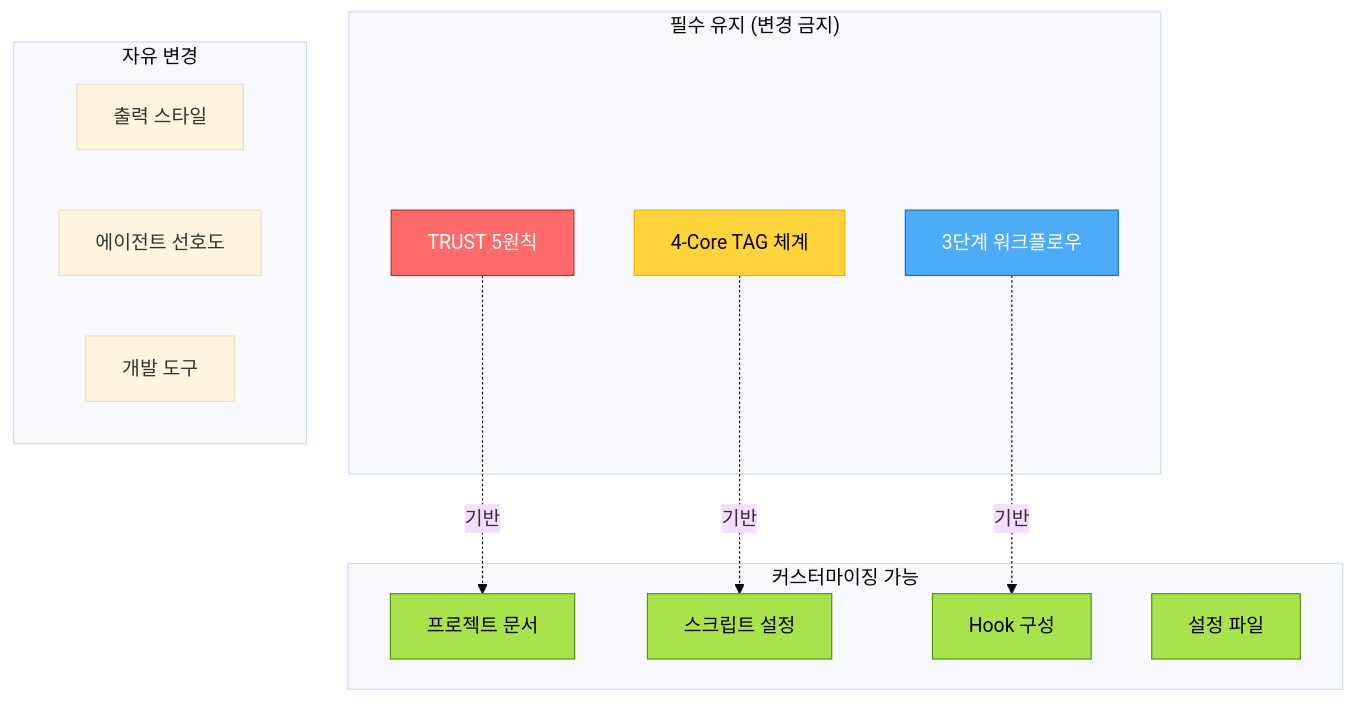
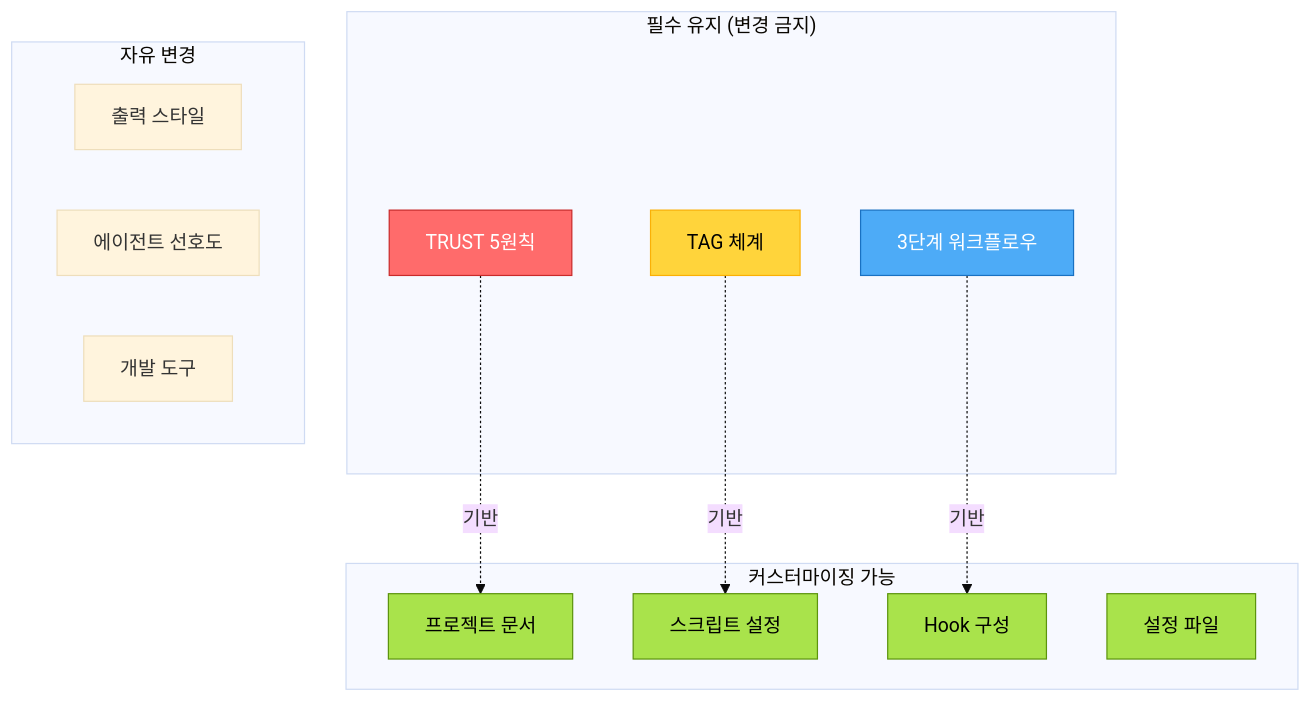
The diagram in docs/advanced/template-customization.md (modu-ai/moai-adk), drawn with Mermaid (base theme) before and after one commit. The commit also changed other lines of this file and 36 other files, not shown here.

````diff
--- a/docs/advanced/template-customization.md
+++ b/docs/advanced/template-customization.md
@@ -22,33 +22,33 @@
 ```mermaid
 graph TB
     subgraph "필수 유지 (변경 금지)"
         A[TRUST 5원칙]
-        B[4-Core TAG 체계]
+        B[TAG 체계]
         C[3단계 워크플로우]
     end
 
     subgraph "커스터마이징 가능"
         D[프로젝트 문서]
         E[스크립트 설정]
         F[Hook 구성]
         G[설정 파일]
     end
 
     subgraph "자유 변경"
         H[출력 스타일]
         I[에이전트 선호도]
         J[개발 도구]
     end
 
     A -.->|기반| D
     B -.->|기반| E
     C -.->|기반| F
 
     style A fill:#ff6b6b,stroke:#c92a2a,color:#fff
     style B fill:#ffd43b,stroke:#fab005,color:#000
     style C fill:#4dabf7,stroke:#1971c2,color:#fff
     style D fill:#a9e34b,stroke:#5c940d,color:#000
     style E fill:#a9e34b,stroke:#5c940d,color:#000
     style F fill:#a9e34b,stroke:#5c940d,color:#000
     style G fill:#a9e34b,stroke:#5c940d,color:#000
 ```
````
